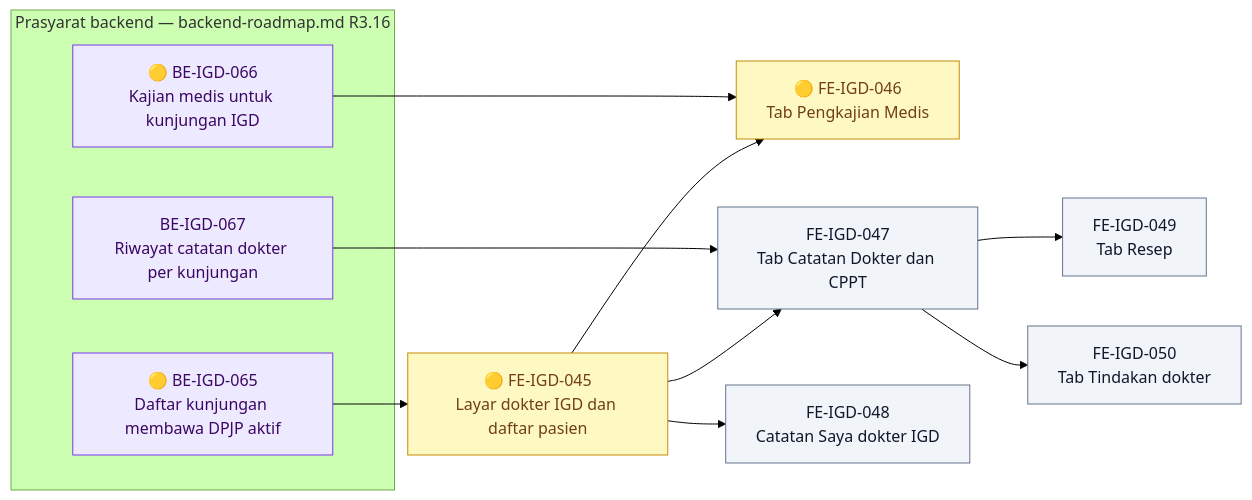
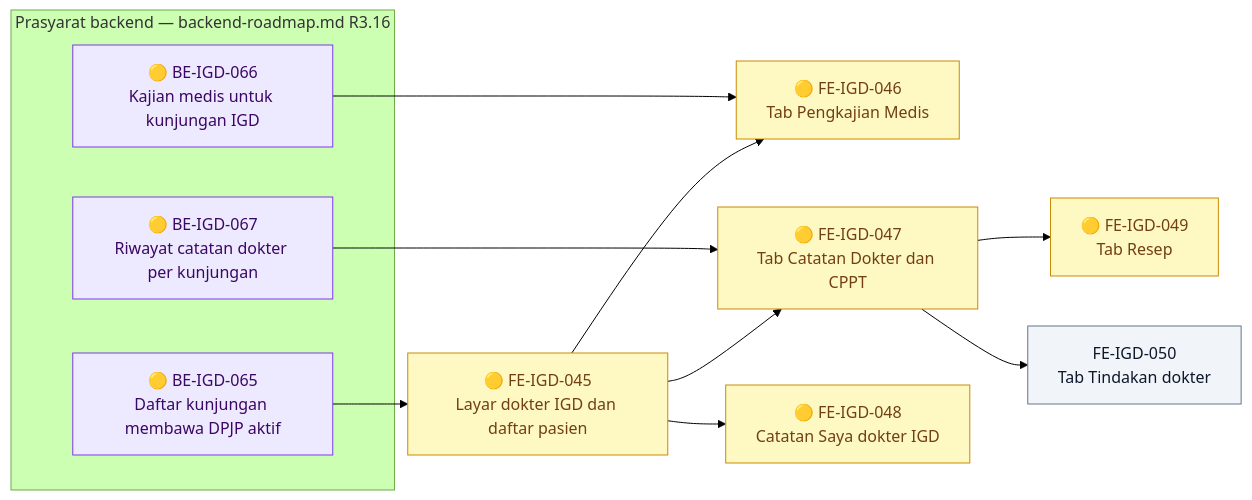
Diagram 16 of 18 in docs/module-blueprints/igd/roadmap/frontend-roadmap.md (DevBenari/NewQuilvianSystemBackend), drawn with Mermaid (forest theme) before and after one commit. The commit also changed other lines of this file and 17 other files, not shown here.

Commit message:
memperbaiki tampilan pendaftaran triage dan pemeriksaan igd serta membuat halaman dokter igd

````diff
--- a/docs/module-blueprints/igd/roadmap/frontend-roadmap.md
+++ b/docs/module-blueprints/igd/roadmap/frontend-roadmap.md
@@ -2079,30 +2079,30 @@
 ```mermaid
 flowchart LR
     classDef selesai fill:#DCFCE7,stroke:#16A34A,color:#14532D
     classDef sebagian fill:#FEF9C3,stroke:#CA8A04,color:#713F12
     classDef terblokir fill:#FEE2E2,stroke:#DC2626,color:#7F1D1D
     classDef belum fill:#F1F5F9,stroke:#64748B,color:#0F172A
     classDef luar fill:#EDE9FE,stroke:#7C3AED,color:#3B0764
 
     subgraph backend1402["Prasyarat backend — backend-roadmap.md R3.16"]
         BEIGD065D["🟡 BE-IGD-065<br/>Daftar kunjungan membawa DPJP aktif"]:::luar
         BEIGD066D["🟡 BE-IGD-066<br/>Kajian medis untuk kunjungan IGD"]:::luar
-        BEIGD067D["BE-IGD-067<br/>Riwayat catatan dokter per kunjungan"]:::luar
+        BEIGD067D["🟡 BE-IGD-067<br/>Riwayat catatan dokter per kunjungan"]:::luar
     end
 
     FEIGD045["🟡 FE-IGD-045<br/>Layar dokter IGD dan daftar pasien"]:::sebagian
     FEIGD046["🟡 FE-IGD-046<br/>Tab Pengkajian Medis"]:::sebagian
-    FEIGD047["FE-IGD-047<br/>Tab Catatan Dokter dan CPPT"]:::belum
-    FEIGD048["FE-IGD-048<br/>Catatan Saya dokter IGD"]:::belum
-    FEIGD049["FE-IGD-049<br/>Tab Resep"]:::belum
+    FEIGD047["🟡 FE-IGD-047<br/>Tab Catatan Dokter dan CPPT"]:::sebagian
+    FEIGD048["🟡 FE-IGD-048<br/>Catatan Saya dokter IGD"]:::sebagian
+    FEIGD049["🟡 FE-IGD-049<br/>Tab Resep"]:::sebagian
     FEIGD050["FE-IGD-050<br/>Tab Tindakan dokter"]:::belum
 
     BEIGD065D --> FEIGD045
     FEIGD045 --> FEIGD046
     BEIGD066D --> FEIGD046
     FEIGD045 --> FEIGD047
     BEIGD067D --> FEIGD047
     FEIGD045 --> FEIGD048
     FEIGD047 --> FEIGD049
     FEIGD047 --> FEIGD050
 ```
````
